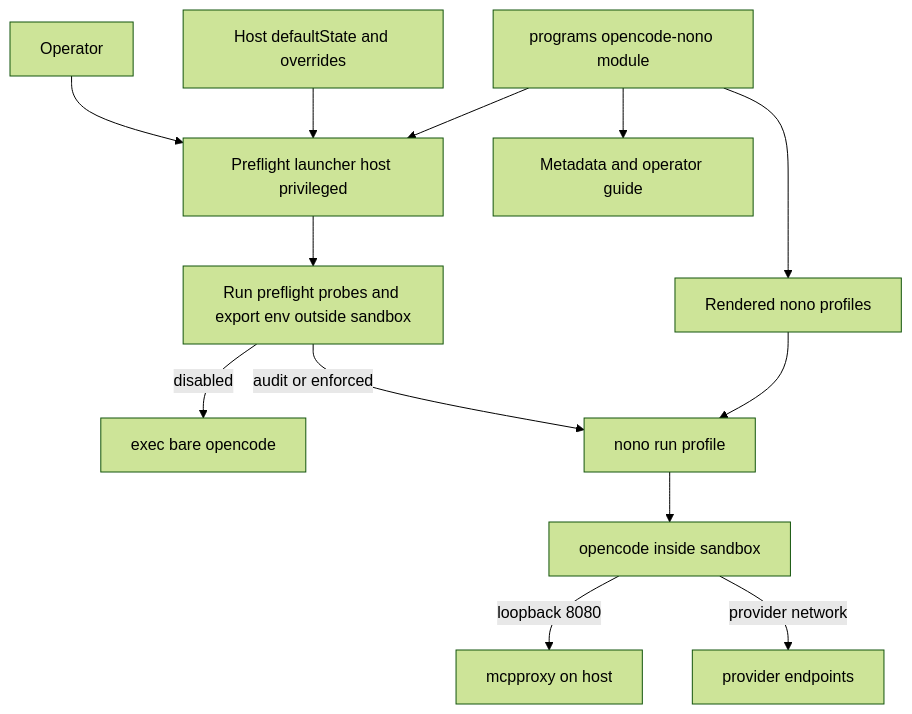
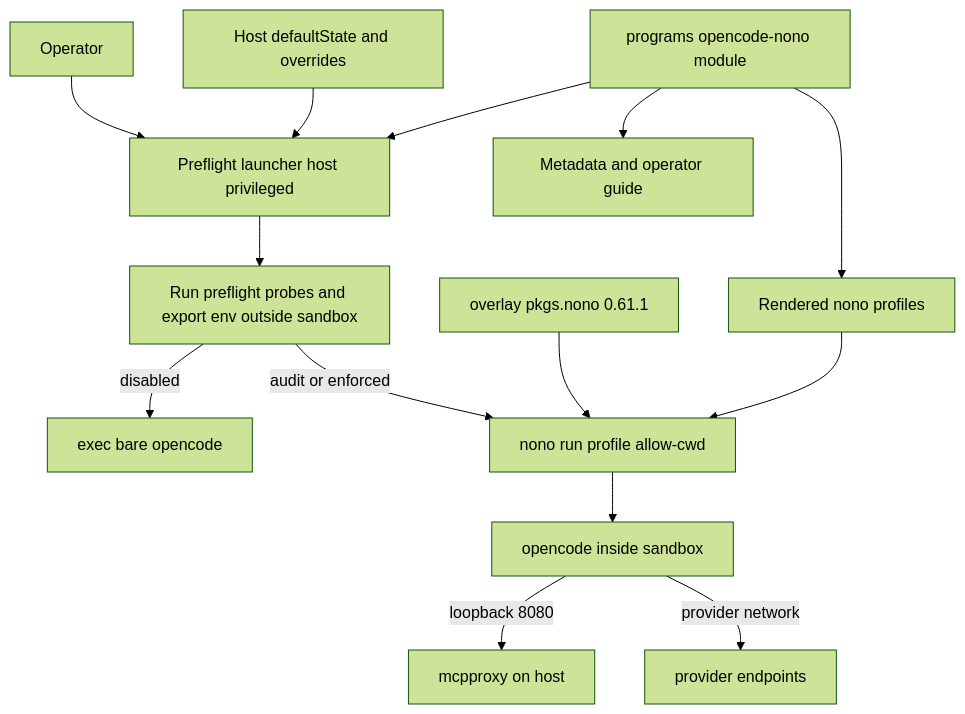
The first of 3 diagrams in .kiro/specs/opencode-nono-sandbox/design.md (DWSR/nix-config), drawn with Mermaid (forest theme) before and after one commit. The commit also changed other lines of this file and 2 other files, not shown here.

First line of the commit message:
docs(opencode-nono-sandbox): regenerate design for nono 0.61.1 + R7

````diff
--- a/.kiro/specs/opencode-nono-sandbox/design.md
+++ b/.kiro/specs/opencode-nono-sandbox/design.md
@@ -112,15 +129,16 @@
 ```mermaid
 graph TB
     Operator --> Launcher[Preflight launcher host privileged]
     HostCfg[Host defaultState and overrides] --> Launcher
     Launcher --> Preflight[Run preflight probes and export env outside sandbox]
     Preflight -->|disabled| Bare[exec bare opencode]
-    Preflight -->|audit or enforced| Nono[nono run profile]
+    Preflight -->|audit or enforced| Nono[nono run profile allow-cwd]
     Nono --> OpenCode[opencode inside sandbox]
     OpenCode -->|loopback 8080| Mcpproxy[mcpproxy on host]
     OpenCode -->|provider network| Providers[provider endpoints]
+    Overlay[overlay pkgs.nono 0.61.1] --> Nono
     Module[programs opencode-nono module] --> Profiles[Rendered nono profiles]
     Module --> Metadata[Metadata and operator guide]
     Module --> Launcher
     Profiles --> Nono
 ```
````
